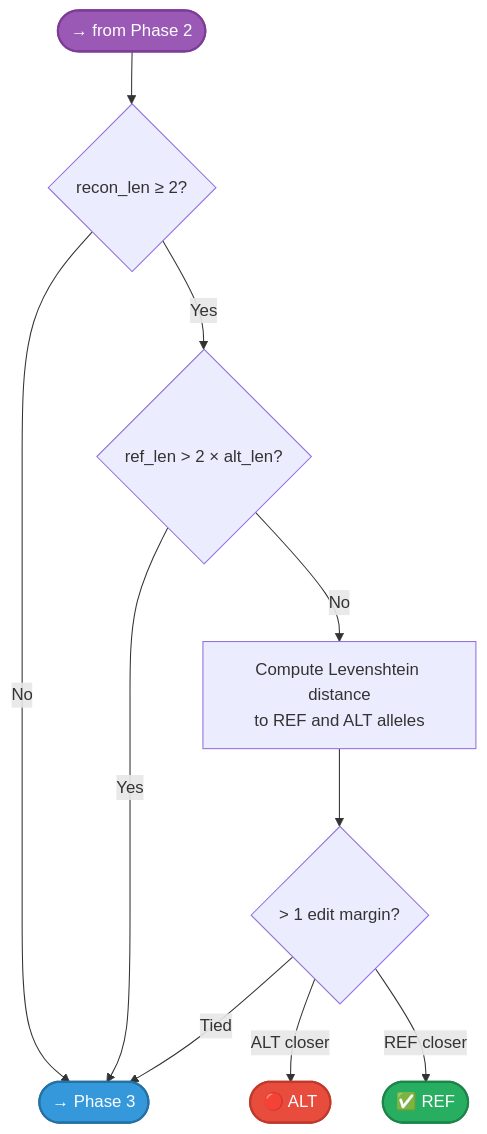
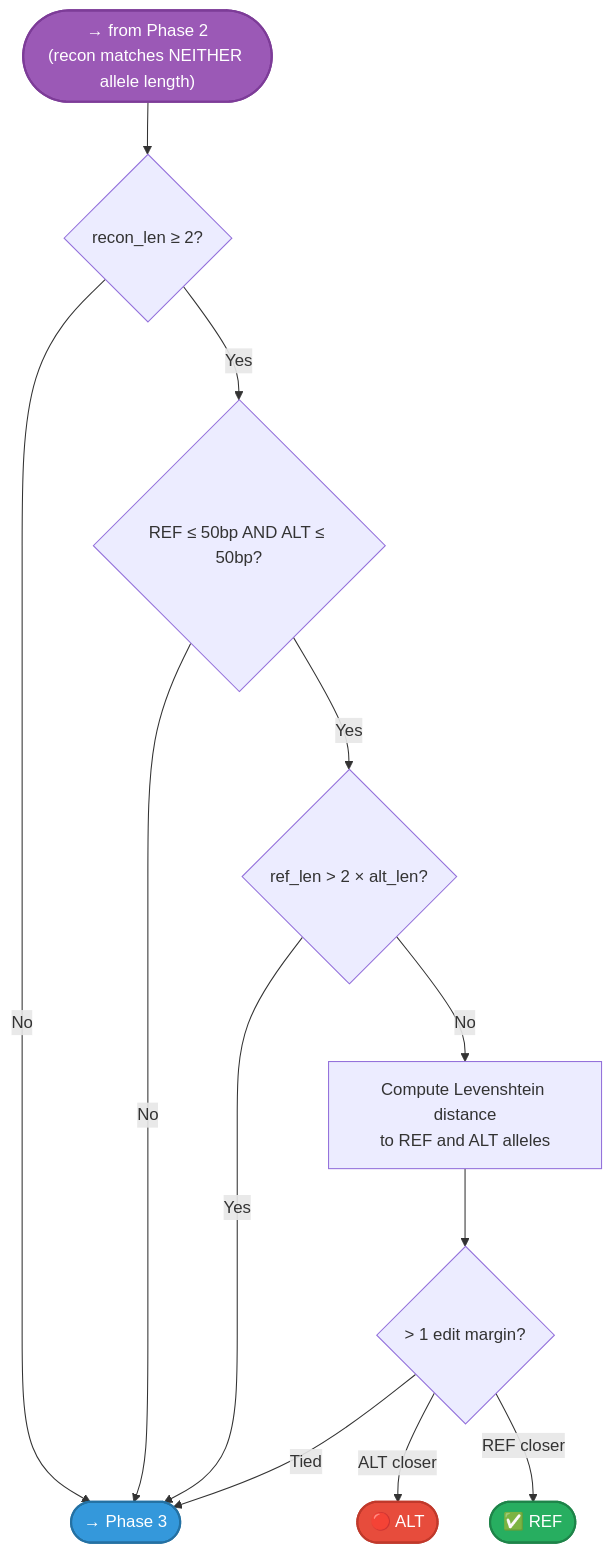
Diagram 11 of 12 in docs/reference/allele-classification.md (msk-access/gbcms), drawn with Mermaid before and after one commit. The commit also changed other lines of this file and 13 other files, not shown here.

````diff
--- a/docs/reference/allele-classification.md
+++ b/docs/reference/allele-classification.md
@@ -584,18 +712,20 @@
 ```mermaid
 flowchart TD
-    P25in(["→ from Phase 2"]):::entry
+    P25in(["→ from Phase 2<br/>(recon matches NEITHER allele length)"]):::entry
     P25in --> ReconLen{"recon_len ≥ 2?"}
     ReconLen -->|No| P3(["→ Phase 3"]):::next
-    ReconLen -->|Yes| RatioGuard{"ref_len > 2 × alt_len?"}
+    ReconLen -->|Yes| SizeGuard{"REF ≤ 50bp AND ALT ≤ 50bp?"}
+    SizeGuard -->|No| P3
+    SizeGuard -->|Yes| RatioGuard{"ref_len > 2 × alt_len?"}
     RatioGuard -->|Yes| P3
     RatioGuard -->|No| EditDist["Compute Levenshtein distance<br/>to REF and ALT alleles"]
     EditDist --> EDMargin{"> 1 edit margin?"}
     EDMargin -->|"ALT closer"| Alt25(["🔴 ALT"]):::alt
     EDMargin -->|"REF closer"| Ref25(["✅ REF"]):::ref
     EDMargin -->|"Tied"| P3
 
     classDef entry fill:#9b59b6,color:#fff,stroke:#7d3c98,stroke-width:2px;
     classDef next fill:#3498db,color:#fff,stroke:#2471a3,stroke-width:2px;
     classDef ref fill:#27ae60,color:#fff,stroke:#1e8449,stroke-width:2px;
     classDef alt fill:#e74c3c,color:#fff,stroke:#c0392b,stroke-width:2px;
 ```
````
